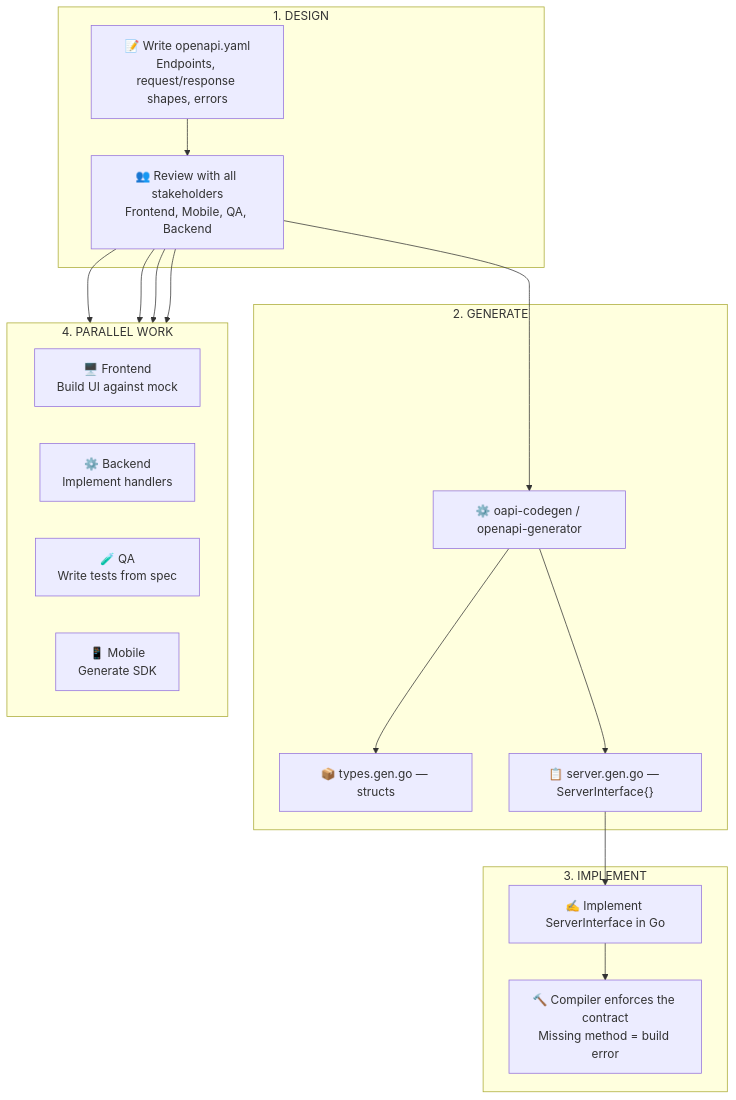
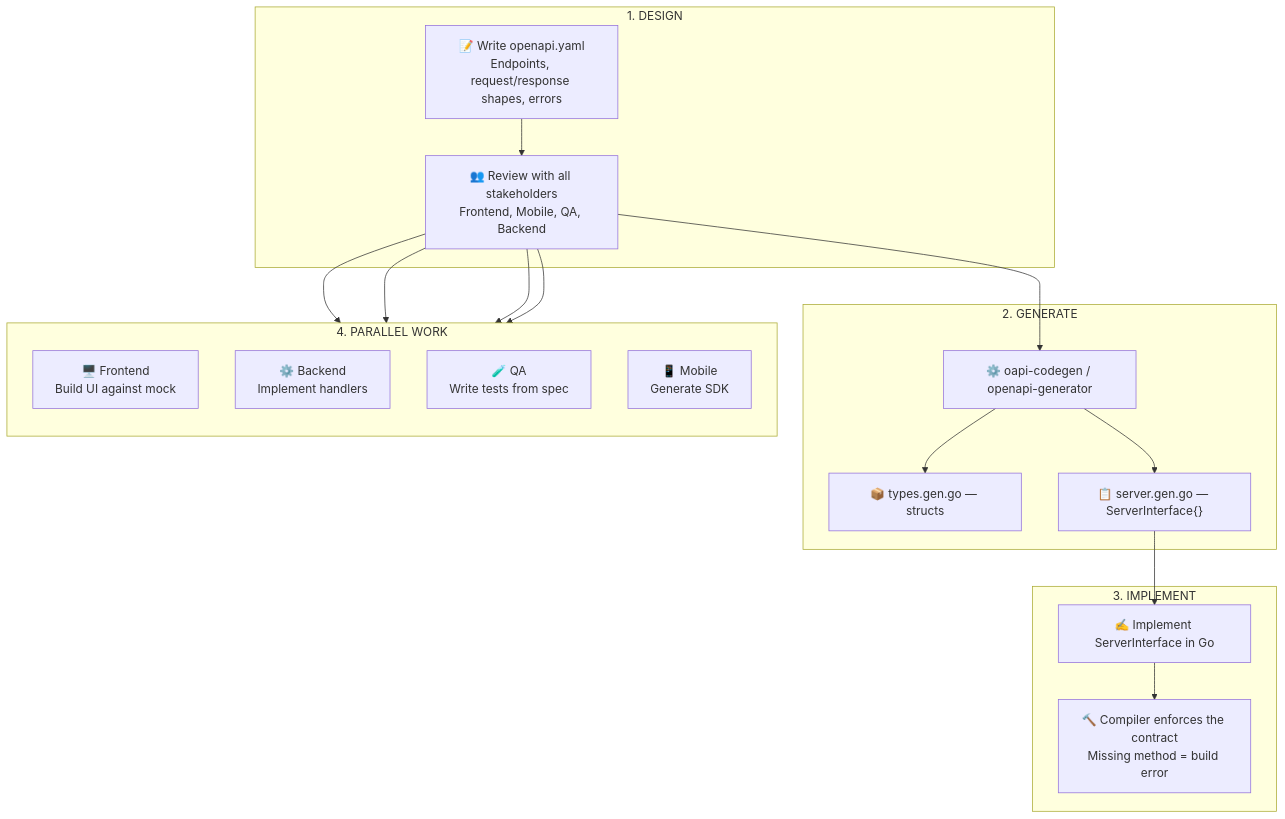
Before and after one commit to romangurevitch/GoTraining: the second of 7 diagrams in internal/fundamentals/api-fundamentals/04-contract-first-vs-code-first.md, drawn with Mermaid. The commit also changed other lines of this file and 20 other files, not shown here.

````diff
--- a/internal/fundamentals/api-fundamentals/04-contract-first-vs-code-first.md
+++ b/internal/fundamentals/api-fundamentals/04-contract-first-vs-code-first.md
@@ -24,37 +24,37 @@
 ```mermaid
 graph TB
     subgraph Step1["1. DESIGN"]
         S1["📝 Write openapi.yaml<br/>Endpoints, request/response shapes, errors"]
         S2["👥 Review with all stakeholders<br/>Frontend, Mobile, QA, Backend"]
         S1 --> S2
     end
 
     subgraph Step2["2. GENERATE"]
         G1["⚙️ oapi-codegen / openapi-generator"]
         G2["📦 types.gen.go — structs"]
         G3["📋 server.gen.go — ServerInterface{}"]
         G1 --> G2
         G1 --> G3
     end
 
     subgraph Step3["3. IMPLEMENT"]
         I1["✍️ Implement ServerInterface in Go"]
         I2["🔨 Compiler enforces the contract<br/>Missing method = build error"]
         I1 --> I2
     end
 
     subgraph Step4["4. PARALLEL WORK"]
-        direction LR
+        direction TB
         FE["🖥️ Frontend<br/>Build UI against mock"]
         BE["⚙️ Backend<br/>Implement handlers"]
         QA["🧪 QA<br/>Write tests from spec"]
         MOB["📱 Mobile<br/>Generate SDK"]
     end
 
     S2 --> G1
     G3 --> I1
     S2 --> FE
     S2 --> BE
     S2 --> QA
     S2 --> MOB
 ```
````
